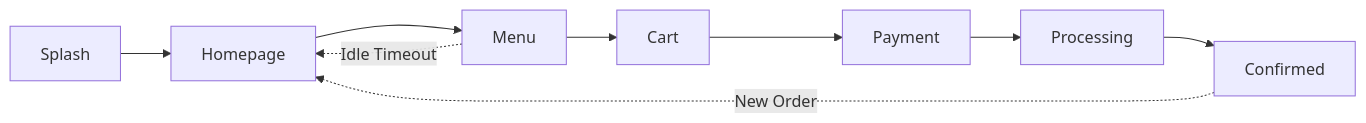
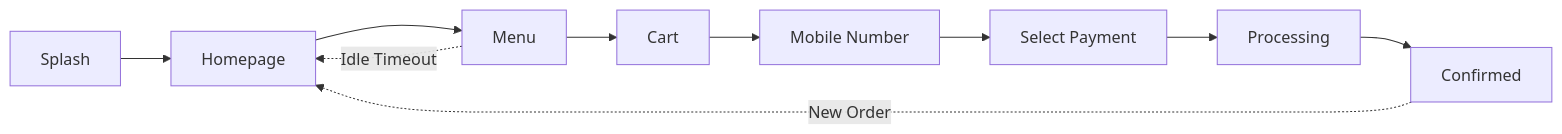
Before and after one commit to diodeinfosolutions/chicket_flutter: the second of 2 diagrams in README.md, drawn with Mermaid. The commit also changed other lines of this file and 58 other files, not shown here.

````diff
--- a/README.md
+++ b/README.md
@@ -153,11 +246,12 @@
 ```mermaid
 graph LR
     A[Splash] --> B[Homepage]
     B --> C[Menu]
     C --> D[Cart]
-    D --> E[Payment]
-    E --> F[Processing]
-    F --> G[Confirmed]
-    G -.->|New Order| B
+    D --> E[Mobile Number]
+    E --> F[Select Payment]
+    F --> G[Processing]
+    G --> H[Confirmed]
+    H -.->|New Order| B
     C -.->|Idle Timeout| B
 ```
````
